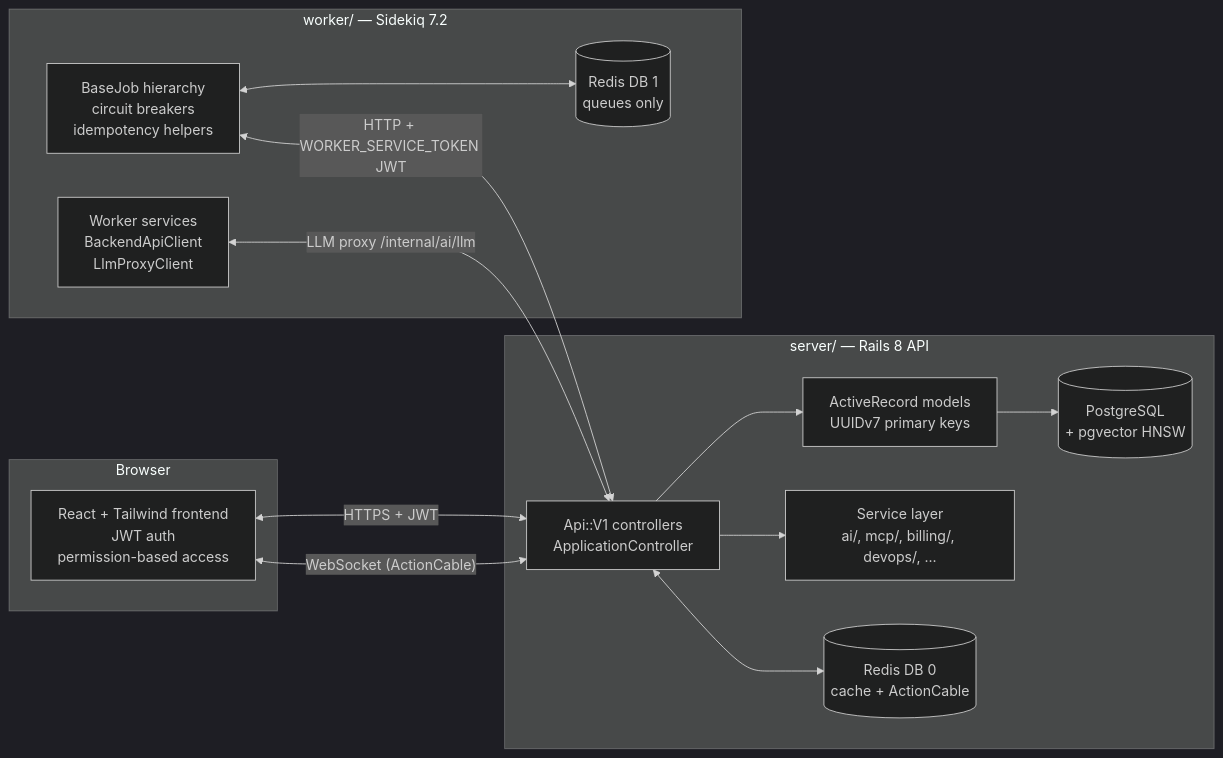
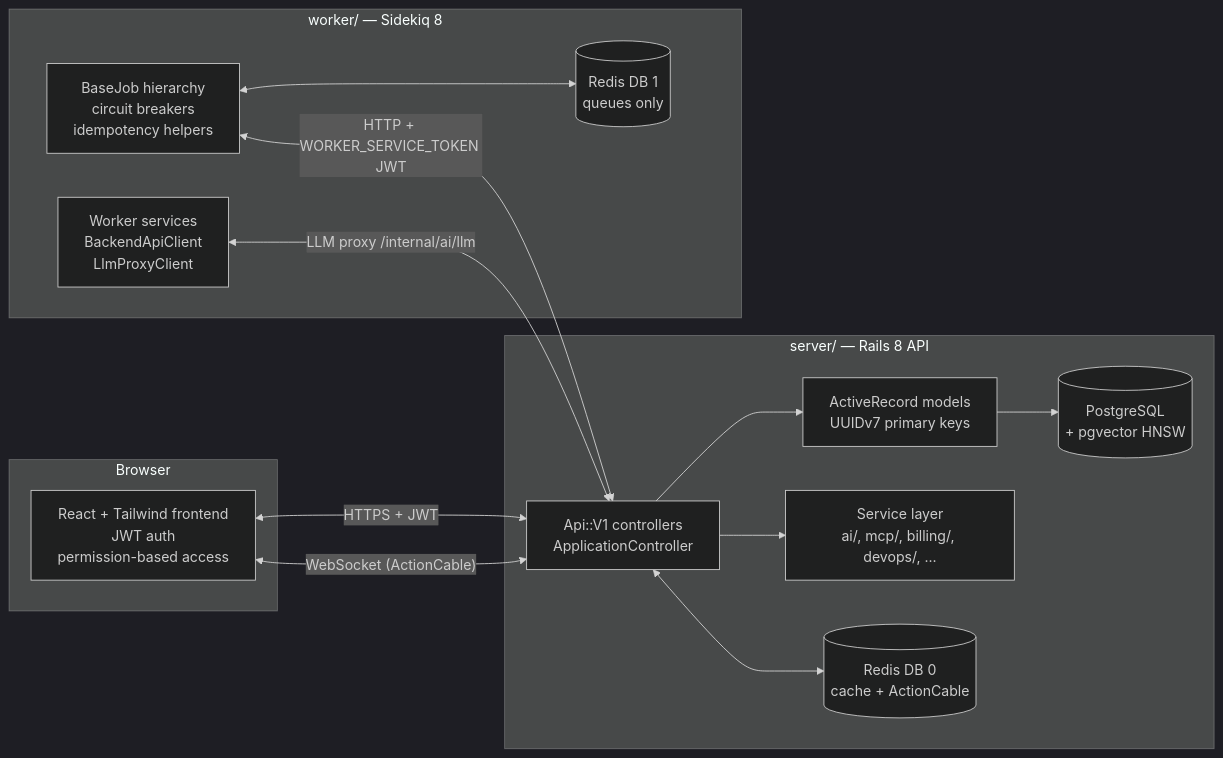
Before and after one commit to nodealchemy/powernode-platform: the first of 4 diagrams in docs/concepts/architecture.md, drawn with Mermaid (dark theme). The commit also changed other lines of this file and 59 other files, not shown here.

````diff
--- a/docs/concepts/architecture.md
+++ b/docs/concepts/architecture.md
@@ -29,29 +31,29 @@
 ```mermaid
 flowchart LR
     subgraph User["Browser"]
         UI[React + Tailwind frontend<br/>JWT auth<br/>permission-based access]
     end
 
     subgraph Server["server/ — Rails 8 API"]
         API[Api::V1 controllers<br/>ApplicationController]
         Models[ActiveRecord models<br/>UUIDv7 primary keys]
         Services[Service layer<br/>ai/, mcp/, billing/, devops/, ...]
         DB[(PostgreSQL<br/>+ pgvector HNSW)]
         Redis0[(Redis DB 0<br/>cache + ActionCable)]
     end
 
-    subgraph Worker["worker/ — Sidekiq 7.2"]
+    subgraph Worker["worker/ — Sidekiq 8"]
         BaseJob[BaseJob hierarchy<br/>circuit breakers<br/>idempotency helpers]
         WorkerSvc[Worker services<br/>BackendApiClient<br/>LlmProxyClient]
         Redis1[(Redis DB 1<br/>queues only)]
     end
 
     UI <-- "HTTPS + JWT" --> API
     UI <-- "WebSocket (ActionCable)" --> API
     API --> Models --> DB
     API --> Services
     API <--> Redis0
     BaseJob <-- "HTTP + WORKER_SERVICE_TOKEN JWT" --> API
     WorkerSvc <-- "LLM proxy /internal/ai/llm" --> API
     BaseJob <--> Redis1
 ```
````
